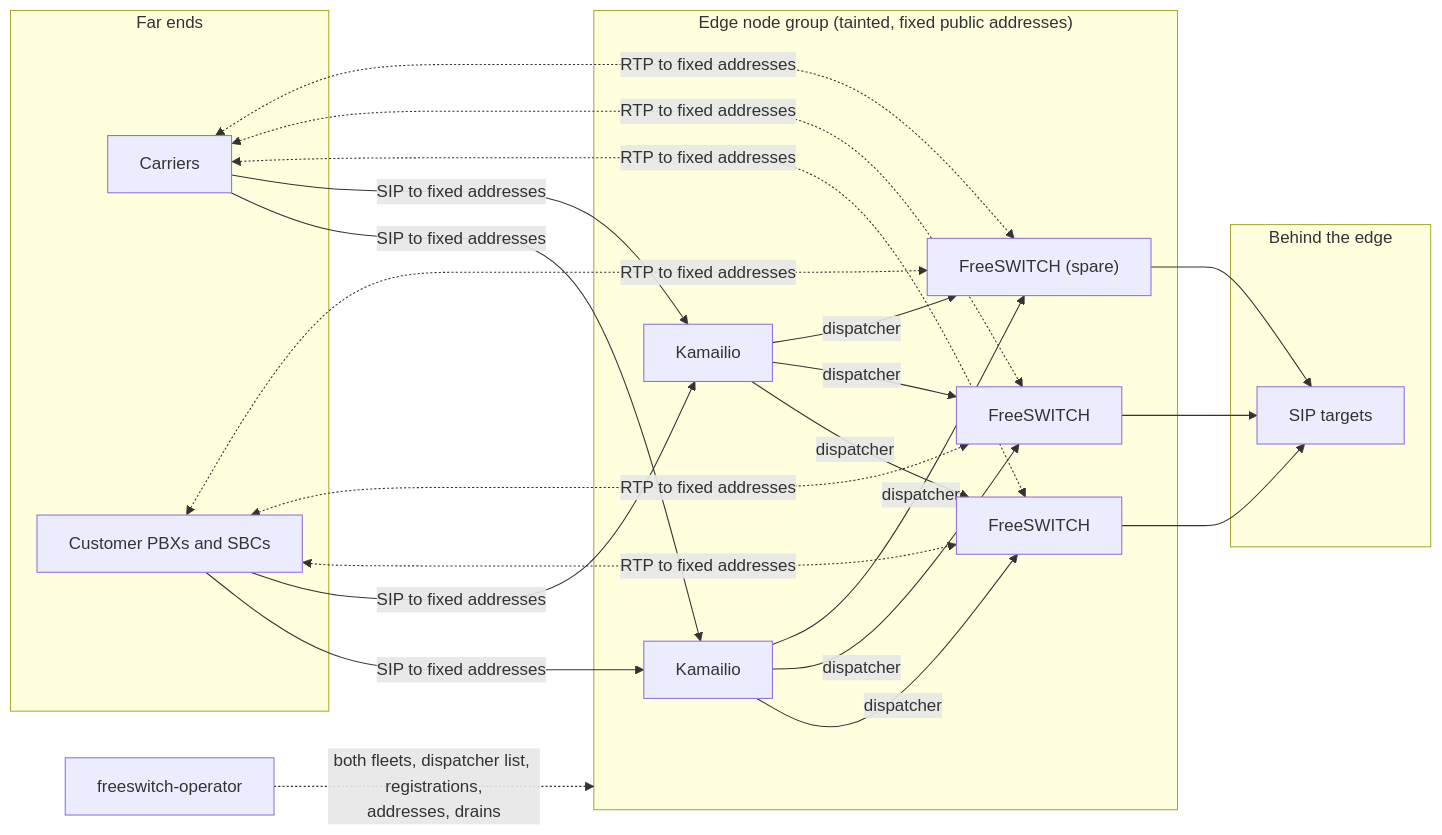
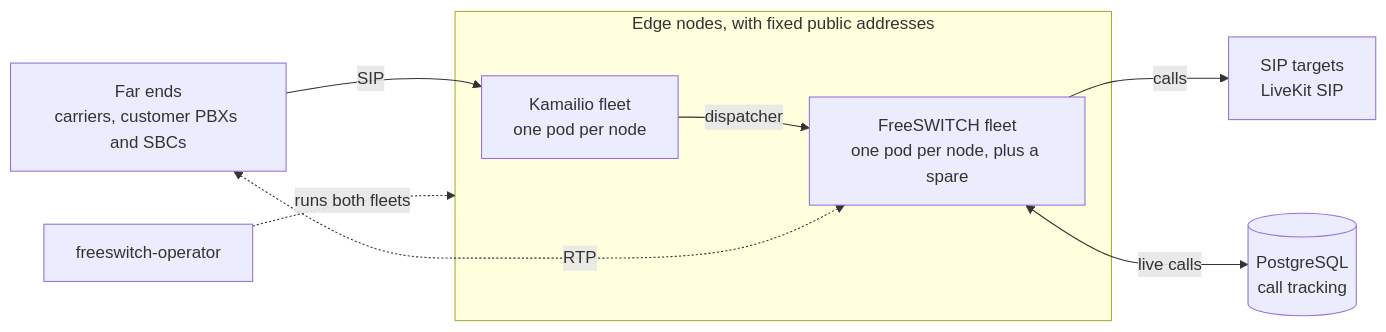
One commit to spiegela/freeswitch-operator changed the diagram in README.md. Above: the diagram before and after it, drawn with Mermaid. The commit also changed other lines of this file and 19 other files, not shown here.

````diff
--- a/README.md
+++ b/README.md
@@ -32,23 +80,17 @@
 ```mermaid
 flowchart LR
-  subgraph Peers["Far ends"]
-    C["Carriers"]
-    P["Customer PBXs and SBCs"]
+  Peers["Far ends<br/>carriers, customer PBXs and SBCs"]
+  subgraph Edge["Edge nodes, with fixed public addresses"]
+    K["Kamailio fleet<br/>one pod per node"]
+    F["FreeSWITCH fleet<br/>one pod per node, plus a spare"]
   end
-  subgraph Edge["Edge node group (tainted, fixed public addresses)"]
-    K1["Kamailio"]
-    K2["Kamailio"]
-    F1["FreeSWITCH"]
-    F2["FreeSWITCH"]
-    F3["FreeSWITCH (spare)"]
-  end
-  subgraph Behind["Behind the edge"]
-    B["SIP targets"]
-  end
+  B["SIP targets<br/>LiveKit SIP"]
+  PG[("PostgreSQL<br/>call tracking")]
   OP["freeswitch-operator"]
-  C & P -->|SIP to fixed addresses| K1 & K2
-  K1 & K2 -->|dispatcher| F1 & F2 & F3
-  C & P <-.->|RTP to fixed addresses| F1 & F2 & F3
-  F1 & F2 & F3 --> B
-  OP -.->|both fleets, dispatcher list, registrations,<br/>addresses, drains| Edge
+  Peers -->|SIP| K
+  K -->|dispatcher| F
+  Peers <-.->|RTP| F
+  F -->|calls| B
+  F <-->|live calls| PG
+  OP -.->|runs both fleets| Edge
 ```
````
